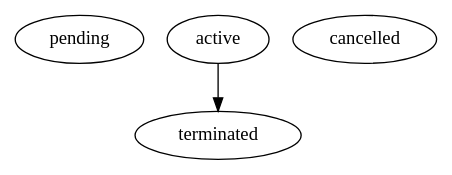
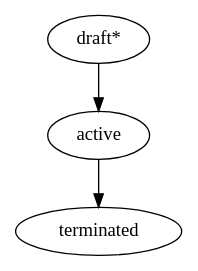
The diagram in docs/source/standard/contract.rst (ProzorroUKR/openprocurement.api), drawn with Graphviz before and after one commit. The commit also changed other lines of this file, not shown here.

Commit message:
update contract standard(status values, workflow)

```diff
--- a/docs/source/standard/contract.rst
+++ b/docs/source/standard/contract.rst
@@ -96,9 +94,9 @@
 .. graphviz::
 
     digraph G {
-        A [ label="pending" ]
+        A [ label="draft*" ]
         B [ label="active"]
-        C [ label="cancelled"]
-        D [ label="terminated"]
-         B -> D;
+        C [ label="terminated"]
+         A -> B;
+         B -> C;
     }
```
